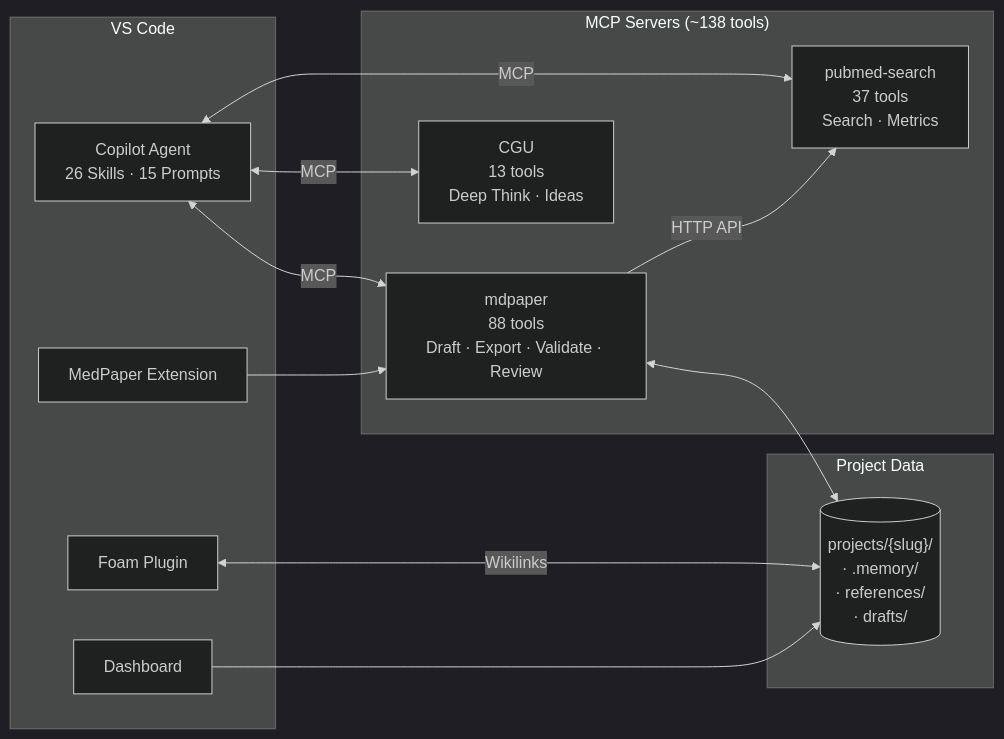
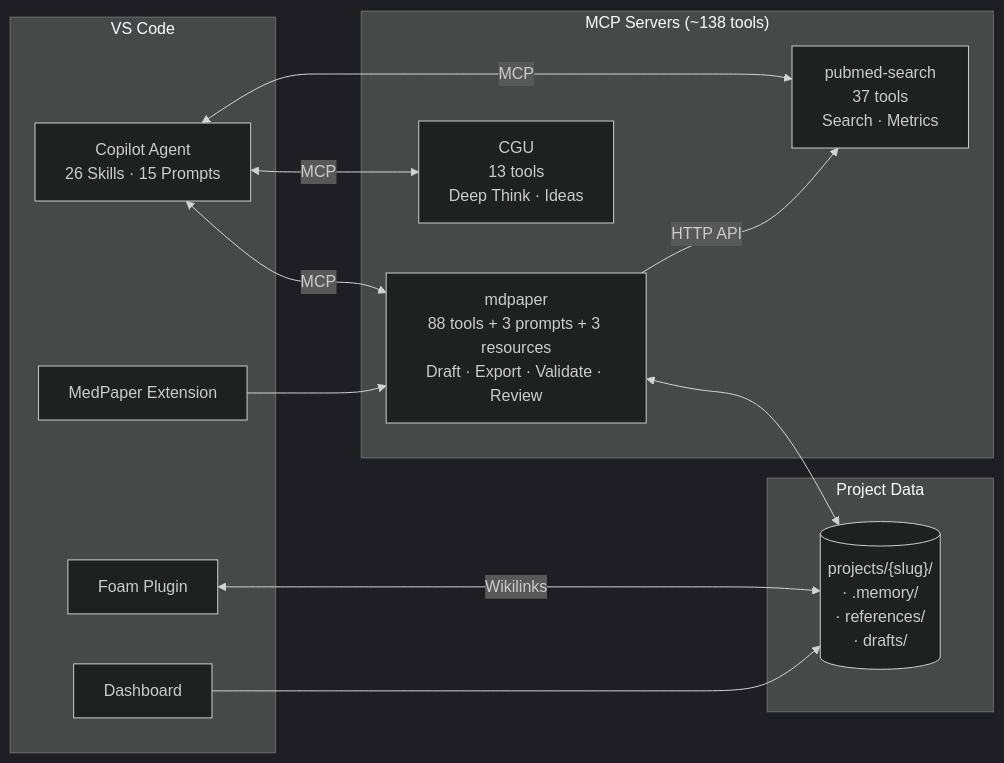
The diagram in README.md (u9401066/med-paper-assistant), drawn with Mermaid (dark theme) before and after one commit. The commit also changed other lines of this file and 20 other files, not shown here.

````diff
--- a/README.md
+++ b/README.md
@@ -51,28 +45,28 @@
 ```mermaid
 flowchart LR
     subgraph IDE["VS Code"]
         Agent["Copilot Agent<br/>26 Skills · 15 Prompts"]
         Foam[Foam Plugin]
         Ext[MedPaper Extension]
         Dash[Dashboard]
     end
 
     subgraph MCP["MCP Servers (~138 tools)"]
-      mdpaper["mdpaper<br/>88 tools<br/>Draft · Export · Validate · Review"]
+      mdpaper["mdpaper<br/>88 tools + 3 prompts + 3 resources<br/>Draft · Export · Validate · Review"]
         pubmed["pubmed-search<br/>37 tools<br/>Search · Metrics"]
         cgu["CGU<br/>13 tools<br/>Deep Think · Ideas"]
     end
 
     subgraph Data["Project Data"]
         proj[("projects/{slug}/<br/>· .memory/<br/>· references/<br/>· drafts/")]
     end
 
     Agent <-->|MCP| mdpaper
     Agent <-->|MCP| pubmed
     Agent <-->|MCP| cgu
     mdpaper -->|HTTP API| pubmed
     Foam <-->|Wikilinks| proj
     mdpaper <--> proj
     Ext --> mdpaper
     Dash --> proj
 ```
````
